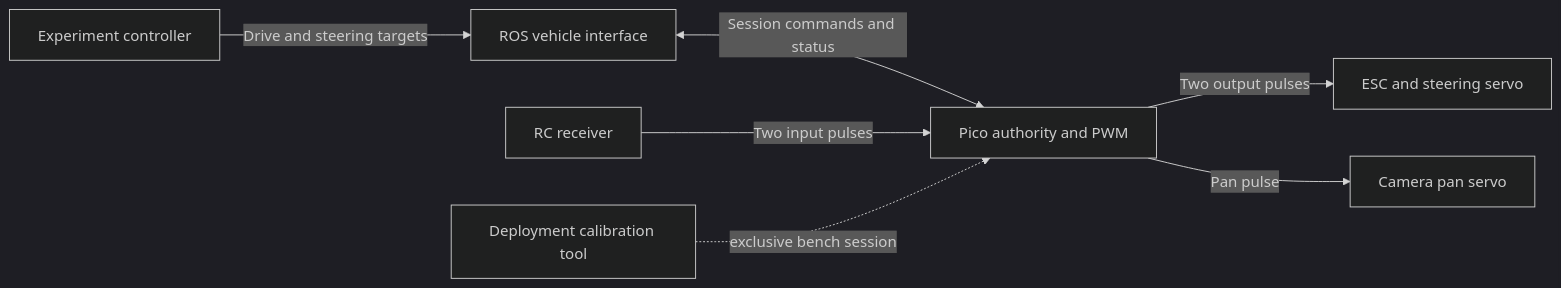
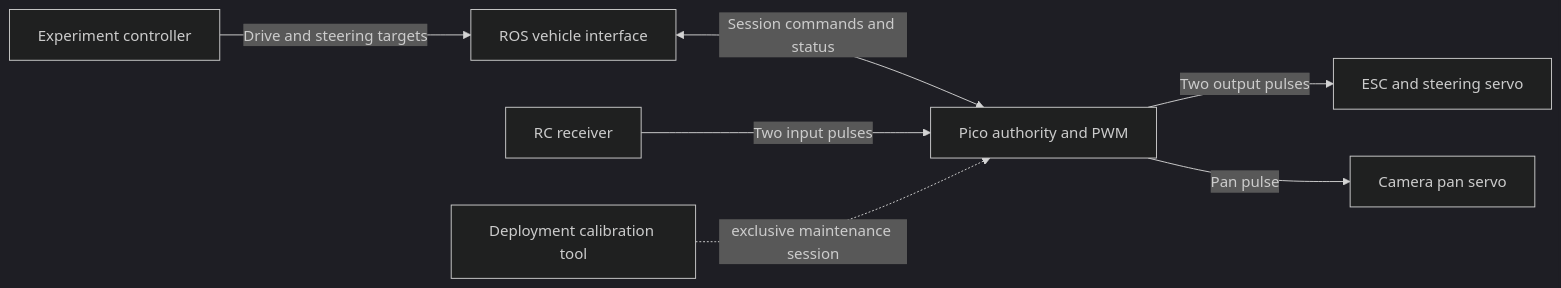
The diagram in docs/design.md (pbeuchat43/rc_car_firmware), drawn with Mermaid (dark theme) before and after one commit. The commit also changed other lines of this file and 12 other files, not shown here.

```diff
--- a/docs/design.md
+++ b/docs/design.md
@@ -20,9 +20,9 @@
 ~~~mermaid
 flowchart LR
     E[Experiment controller] -->|Drive and steering targets| H[ROS vehicle interface]
     H <-->|Session commands and status| P[Pico authority and PWM]
     R[RC receiver] -->|Two input pulses| P
     P -->|Two output pulses| V[ESC and steering servo]
     P -->|Pan pulse| C[Camera pan servo]
-    D[Deployment calibration tool] -. exclusive bench session .-> P
+    D[Deployment calibration tool] -. exclusive maintenance session .-> P
 ~~~
```
